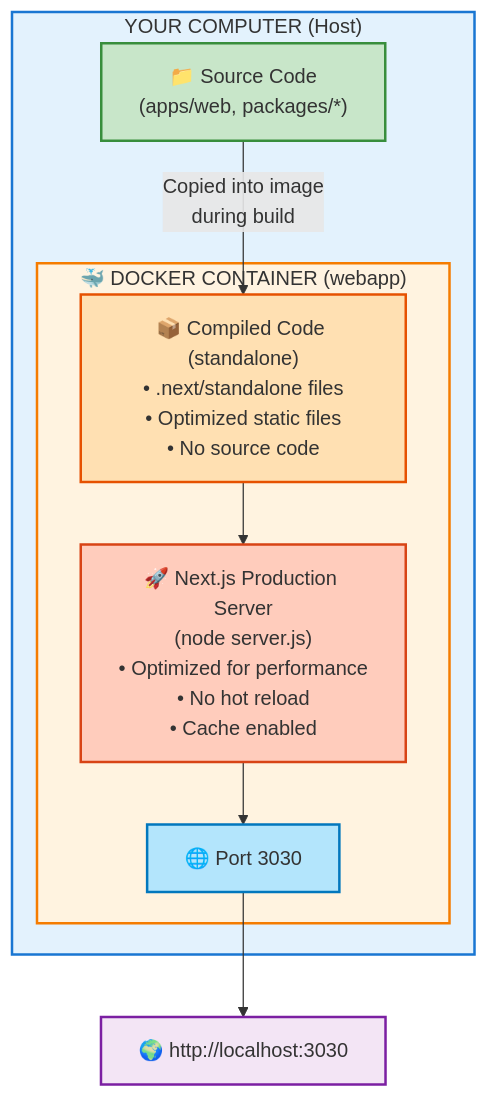
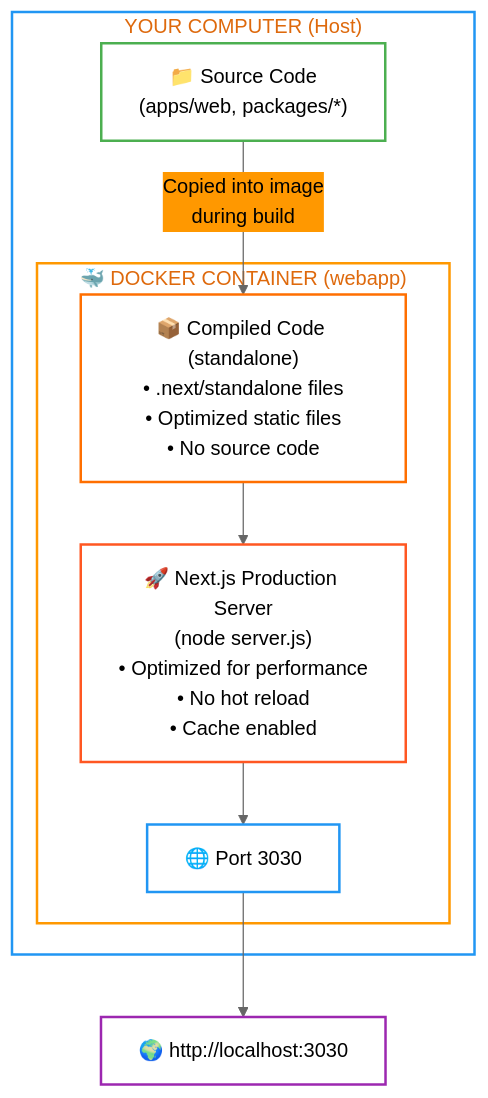
One commit to ever-co/ever-teams changed the third of 4 diagrams in DOCKER_DEV_VS_PROD.md. Above: the diagram before and after it, drawn with Mermaid. The commit also changed other lines of this file and 1 other file, not shown here.

````diff
--- a/DOCKER_DEV_VS_PROD.md
+++ b/DOCKER_DEV_VS_PROD.md
@@ -112,27 +114,28 @@
 ```mermaid
+%%{init: {'theme':'base', 'themeVariables': { 'primaryColor':'#4CAF50','primaryTextColor':'#000','primaryBorderColor':'#2E7D32','lineColor':'#666','secondaryColor':'#FF9800','tertiaryColor':'#2196F3'}}}%%
 graph TB
     subgraph Host["YOUR COMPUTER (Host)"]
         SourceCodeProd["📁 Source Code<br/>(apps/web, packages/*)"]
 
         subgraph ContainerProd["🐳 DOCKER CONTAINER (webapp)"]
             CompiledCode["📦 Compiled Code (standalone)<br/>• .next/standalone files<br/>• Optimized static files<br/>• No source code"]
             ProdServer["🚀 Next.js Production Server<br/>(node server.js)<br/>• Optimized for performance<br/>• No hot reload<br/>• Cache enabled"]
             PortProd["🌐 Port 3030"]
         end
     end
 
     BrowserProd["🌍 http://localhost:3030"]
 
     SourceCodeProd -->|"Copied into image<br/>during build"| CompiledCode
     CompiledCode --> ProdServer
     ProdServer --> PortProd
     PortProd --> BrowserProd
 
-    style Host fill:#e3f2fd,stroke:#1976d2,stroke-width:2px
-    style ContainerProd fill:#fff3e0,stroke:#f57c00,stroke-width:2px
-    style SourceCodeProd fill:#c8e6c9,stroke:#388e3c,stroke-width:2px
-    style CompiledCode fill:#ffe0b2,stroke:#e65100,stroke-width:2px
-    style ProdServer fill:#ffccbc,stroke:#d84315,stroke-width:2px
-    style PortProd fill:#b3e5fc,stroke:#0277bd,stroke-width:2px
-    style BrowserProd fill:#f3e5f5,stroke:#7b1fa2,stroke-width:2px
+    style Host fill:none,stroke:#2196F3,stroke-width:2px
+    style ContainerProd fill:none,stroke:#FF9800,stroke-width:2px
+    style SourceCodeProd fill:none,stroke:#4CAF50,stroke-width:2px
+    style CompiledCode fill:none,stroke:#FF6F00,stroke-width:2px
+    style ProdServer fill:none,stroke:#FF5722,stroke-width:2px
+    style PortProd fill:none,stroke:#2196F3,stroke-width:2px
+    style BrowserProd fill:none,stroke:#9C27B0,stroke-width:2px
 ```
````
